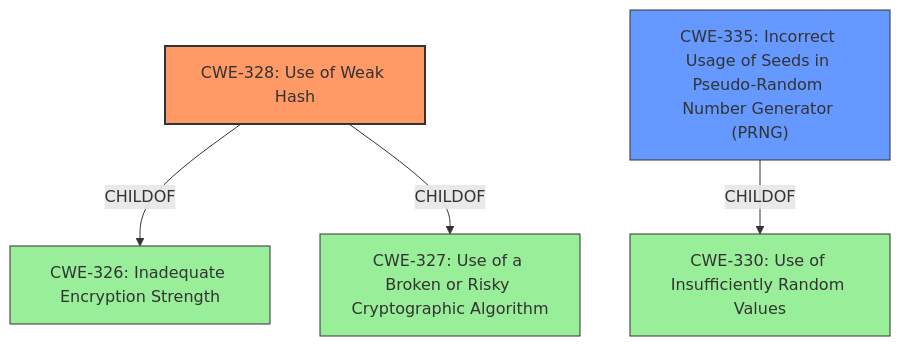
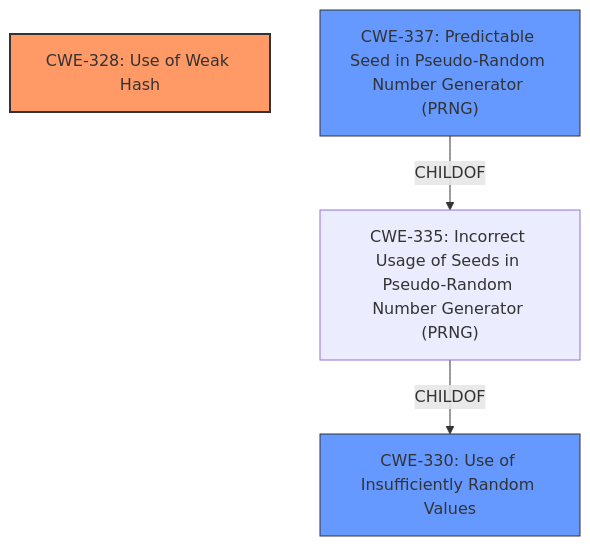
One commit to CyberSecAI/cwe_agent_assign_reports_2025 changed the diagram in CVE-2024-10026/CVE-2024-10026_analysis.md. Above: the diagram before and after it, drawn with Mermaid. The commit also changed other lines of this file and 190653 other files, not shown here.

````diff
--- a/CVE-2024-10026/CVE-2024-10026_analysis.md
+++ b/CVE-2024-10026/CVE-2024-10026_analysis.md
@@ -17,19 +18,14 @@
 ```mermaid
 graph TD
     cwe328["CWE-328: Use of Weak Hash"]
-    cwe326["CWE-326: Inadequate Encryption Strength"]
-    cwe327["CWE-327: Use of a Broken or Risky Cryptographic Algorithm"]
-    cwe335["CWE-335: Incorrect Usage of Seeds in Pseudo-Random Number Generator (PRNG)"]
     cwe330["CWE-330: Use of Insufficiently Random Values"]
-    
-    cwe328 -->|CHILDOF| cwe326
-    cwe328 -->|CHILDOF| cwe327
+    cwe337["CWE-337: Predictable Seed in Pseudo-Random Number Generator (PRNG)"]
+
+    cwe337 -->|CHILDOF| cwe335["CWE-335: Incorrect Usage of Seeds in Pseudo-Random Number Generator (PRNG)"]
     cwe335 -->|CHILDOF| cwe330
-    
+
     classDef primary fill:#f96,stroke:#333,stroke-width:2px
     classDef secondary fill:#69f,stroke:#333
-    classDef tertiary fill:#9e9,stroke:#333
     class cwe328 primary
-    class cwe335 secondary
-    class cwe326,cwe327,cwe330 tertiary
+    class cwe330,cwe337 secondary
 ```
````
